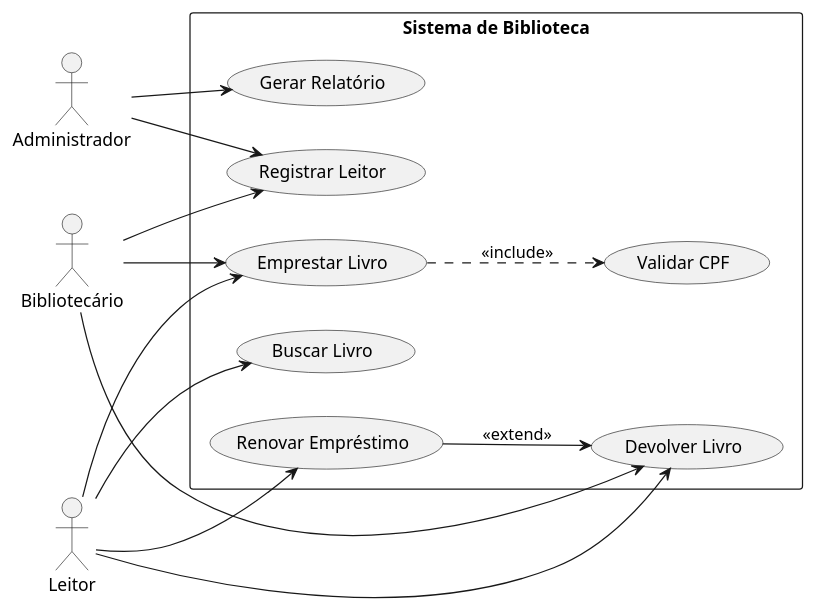
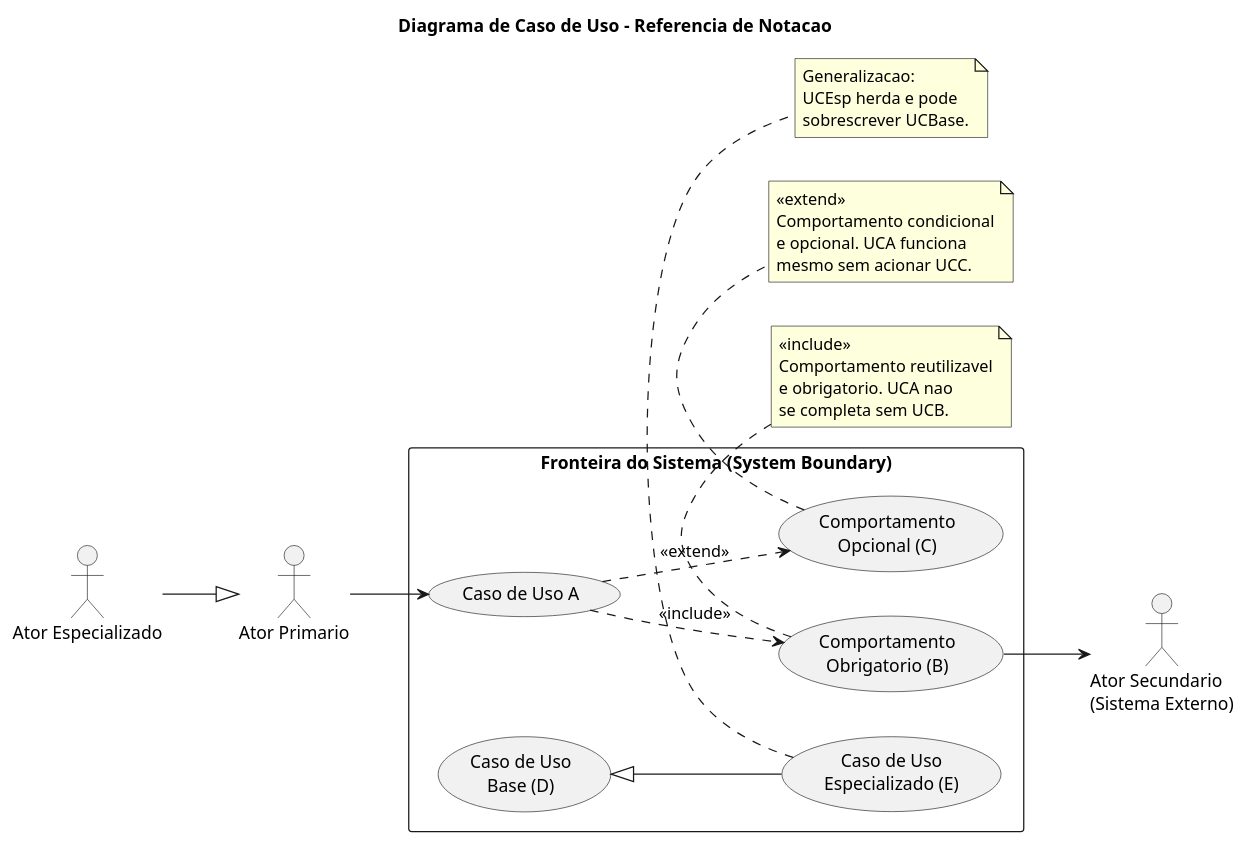
Before and after one commit to claulis/Py: the first of 6 diagrams in POB/UML.md, drawn with PlantUML. The commit also changed other lines of this file and 6 other files, not shown here.

First line of the commit message:
Add comprehensive UML documentation with PlantUML diagrams

````diff
--- a/POB/UML.md
+++ b/POB/UML.md
@@ -65,36 +100,45 @@
 ```plantuml
-@startuml BibliotecaCasoDeUso
+@startuml uc_elementos
+title Diagrama de Caso de Uso - Referencia de Notacao
 left to right direction
-skinparam packageStyle rectangle
 
-actor "Leitor" as Leitor
-actor "Bibliotecário" as Bibliotecario
-actor "Administrador" as Admin
+actor "Ator Primario" as AP
+actor "Ator Secundario\n(Sistema Externo)" as AS
+actor "Ator Especializado" as AE
 
-rectangle "Sistema de Biblioteca" {
-    usecase "Buscar Livro" as UC1
-    usecase "Emprestar Livro" as UC2
-    usecase "Devolver Livro" as UC3
-    usecase "Renovar Empréstimo" as UC4
-    usecase "Registrar Leitor" as UC5
-    usecase "Gerar Relatório" as UC6
-    usecase "Validar CPF" as UC7
-    
-    UC2 ..> UC7 : <<include>>
-    UC4 --> UC3 : <<extend>>
+rectangle "Fronteira do Sistema (System Boundary)" {
+    usecase "Caso de Uso A" as UCA
+    usecase "Comportamento\nObrigatorio (B)" as UCB
+    usecase "Comportamento\nOpcional (C)" as UCC
+    usecase "Caso de Uso\nBase (D)" as UCBase
+    usecase "Caso de Uso\nEspecializado (E)" as UCEsp
 }
 
-Leitor --> UC1
-Leitor --> UC2
-Leitor --> UC3
-Leitor --> UC4
+AP --> UCA
+UCB --> AS
+UCA ..> UCB : <<include>>
+UCA ..> UCC : <<extend>>
+AE --|> AP
+UCBase <|-- UCEsp
 
-Bibliotecario --> UC2
-Bibliotecario --> UC3
-Bibliotecario --> UC5
+note bottom of UCB
+  <<include>>
+  Comportamento reutilizavel
+  e obrigatorio. UCA nao
+  se completa sem UCB.
+end note
 
-Admin --> UC6
-Admin --> UC5
+note bottom of UCC
+  <<extend>>
+  Comportamento condicional
+  e opcional. UCA funciona
+  mesmo sem acionar UCC.
+end note
 
+note bottom of UCEsp
+  Generalizacao:
+  UCEsp herda e pode
+  sobrescrever UCBase.
+end note
 @enduml
 ```
````
